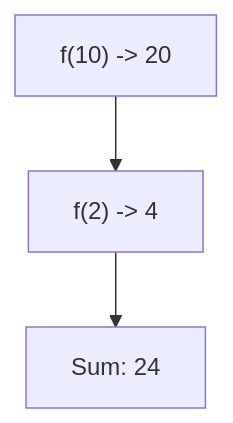
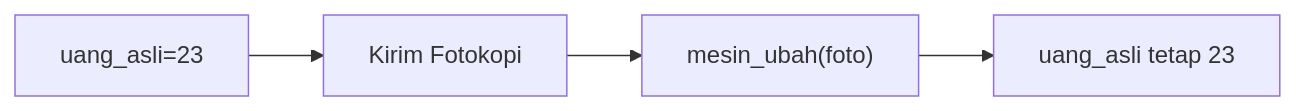
One commit to amnahwaida/OSNK_INF_PREP changed the ninth of 25 diagrams in part-c-pemahaman-cpp/04-fungsi/latihan/set-10.md. Above: the diagram before and after it, drawn with Mermaid. The commit also changed other lines of this file and 71 other files, not shown here.

````diff
--- a/part-c-pemahaman-cpp/04-fungsi/latihan/set-10.md
+++ b/part-c-pemahaman-cpp/04-fungsi/latihan/set-10.md
@@ -233,5 +245,6 @@
 ```mermaid
-graph TD
-A["f(10) -> 20"] --> B["f(2) -> 4"]
-B --> C["Sum: 24"]
+graph LR
+A["uang_asli=23"] --> B["Kirim Fotokopi"]
+B --> C["mesin_ubah(foto)"]
+C --> D["uang_asli tetap 23"]
 ```
````
